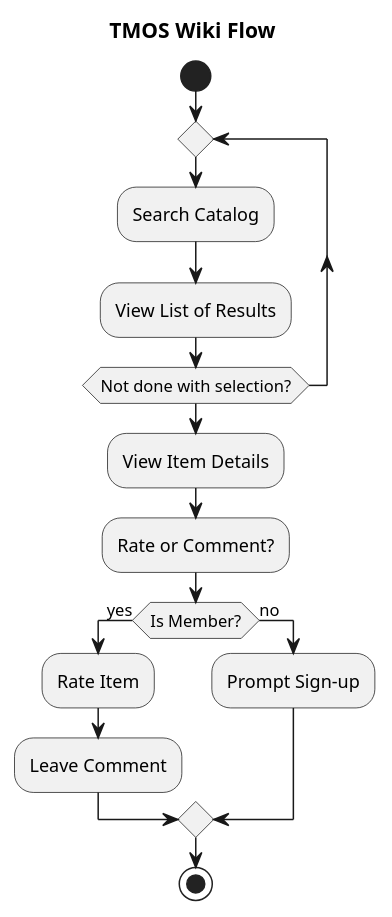
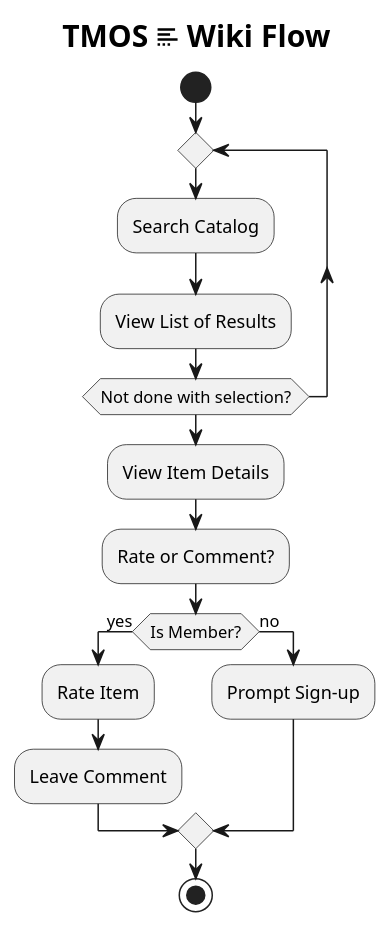
The diagram in docs/architecture/tmos_activity_search_and_review.puml (pmwong008/PlantUML_boot), drawn with PlantUML before and after one commit. The commit also changed 11 other files, not shown here.

```diff
--- a/docs/architecture/tmos_activity_search_and_review.puml
+++ b/docs/architecture/tmos_activity_search_and_review.puml
@@ -1,23 +1,23 @@
 @startuml
-title TMOS Wiki Flow
+title <size:20> TMOS <&excerpt> Wiki Flow
 
 start
 
 repeat
   :Search Catalog;
   :View List of Results;
 
 repeat while (Not done with selection?)
 
 :View Item Details;
 :Rate or Comment?;
 
 if (Is Member?) then (yes)
   :Rate Item;
   :Leave Comment;
 else (no)
   :Prompt Sign-up;
 endif
 
 stop
 @enduml
```
